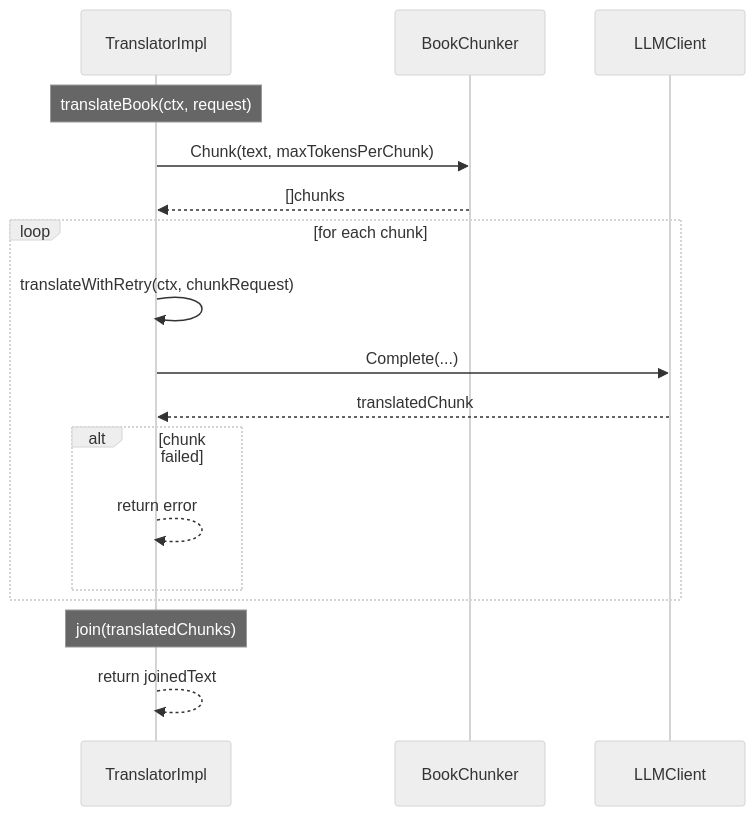
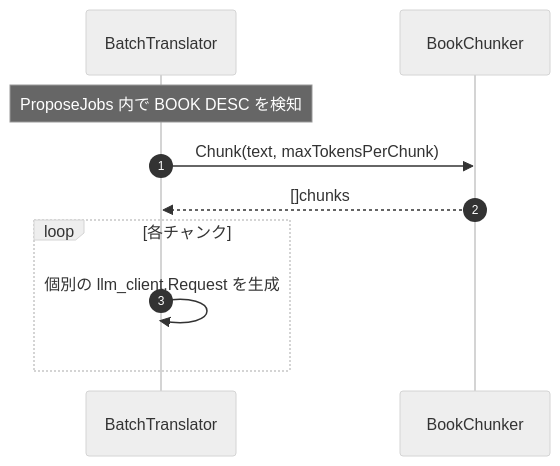
One commit to ishibata91/ai-translation-engine-2 changed the third of 3 diagrams in specs/Pass2TranslatorSlice/main_translator_sequence_diagram.md. Above: the diagram before and after it, drawn with Mermaid (neutral theme). The commit also changed other lines of this file and 5 other files, not shown here.

````diff
--- a/specs/Pass2TranslatorSlice/main_translator_sequence_diagram.md
+++ b/specs/Pass2TranslatorSlice/main_translator_sequence_diagram.md
@@ -120,24 +75,13 @@
 ```mermaid
 sequenceDiagram
-    participant TI as TranslatorImpl
+    autonumber
+    participant BT as BatchTranslator
     participant BC as BookChunker
-    participant LLM as LLMClient
 
-    Note over TI: translateBook(ctx, request)
-
-    TI->>BC: Chunk(text, maxTokensPerChunk)
-    BC-->>TI: []chunks
-
-    loop for each chunk
-        TI->>TI: translateWithRetry(ctx, chunkRequest)
-        TI->>LLM: Complete(...)
-        LLM-->>TI: translatedChunk
-
-        alt chunk failed
-            TI-->>TI: return error
-        end
+    Note over BT: ProposeJobs 内で BOOK DESC を検知
+    BT->>BC: Chunk(text, maxTokensPerChunk)
+    BC-->>BT: []chunks
+    loop 各チャンク
+        BT->>BT: 個別の llm_client.Request を生成
     end
-
-    Note over TI: join(translatedChunks)
-    TI-->>TI: return joinedText
 ```
````
